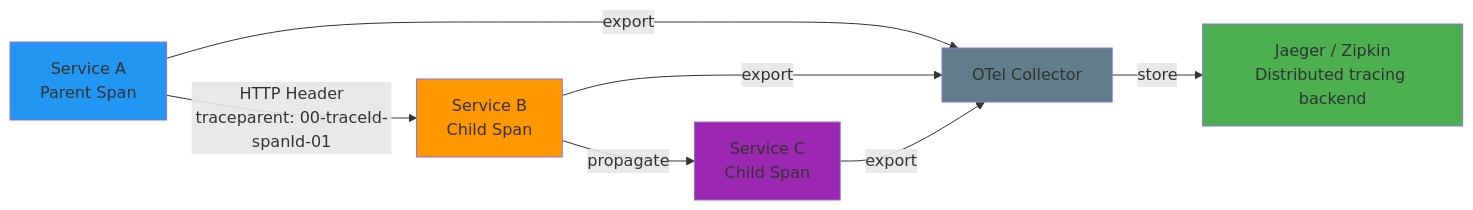
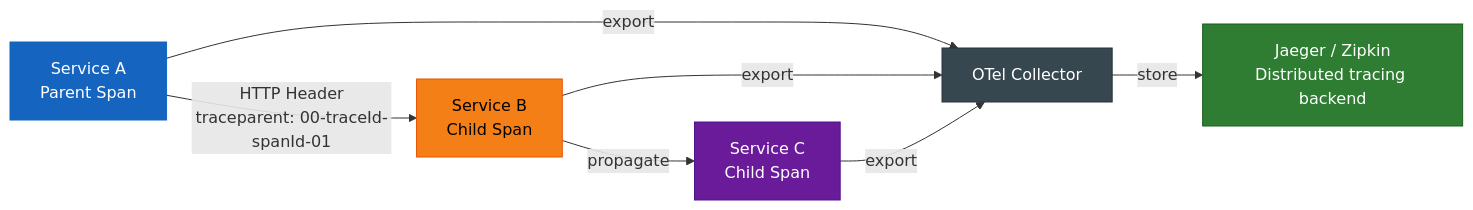
One commit to bluetape4k/bluetape4k-projects changed the fourth of 4 diagrams in infra/opentelemetry/README.md. Above: the diagram before and after it, drawn with Mermaid. The commit also changed other lines of this file and 221 other files, not shown here.

First line of the commit message:
docs: 전체 모듈 README UML 다이어그램 보강 및 색상 업그레이드

````diff
--- a/infra/opentelemetry/README.md
+++ b/infra/opentelemetry/README.md
@@ -377,17 +399,25 @@
 ```mermaid
 flowchart LR
     ServiceA[Service A<br/>Parent Span] -->|HTTP Header<br/>traceparent: 00-traceId-spanId-01| ServiceB[Service B<br/>Child Span]
     ServiceB -->|propagate| ServiceC[Service C<br/>Child Span]
 
     ServiceA -->|export| Collector[OTel Collector]
     ServiceB -->|export| Collector
     ServiceC -->|export| Collector
 
     Collector -->|store| Backend[Jaeger / Zipkin<br/>Distributed tracing backend]
 
-    style ServiceA fill:#2196F3
-    style ServiceB fill:#FF9800
-    style ServiceC fill:#9C27B0
-    style Backend fill:#4CAF50
-    style Collector fill:#607D8B
+    classDef coreStyle fill:#1B5E20,stroke:#1B5E20,color:#FFFFFF,font-weight:bold
+    classDef serviceStyle fill:#1565C0,stroke:#1565C0,color:#FFFFFF
+    classDef utilStyle fill:#E65100,stroke:#E65100,color:#FFFFFF
+    classDef asyncStyle fill:#6A1B9A,stroke:#6A1B9A,color:#FFFFFF
+    classDef extStyle fill:#37474F,stroke:#37474F,color:#FFFFFF
+    classDef dataStyle fill:#F57F17,stroke:#F57F17,color:#000000
+    classDef cacheStyle fill:#2E7D32,stroke:#1B5E20,color:#FFFFFF
+
+    style ServiceA fill:#1565C0,stroke:#1565C0,color:#FFFFFF
+    style ServiceB fill:#F57F17,stroke:#E65100,color:#000000
+    style ServiceC fill:#6A1B9A,stroke:#4A148C,color:#FFFFFF
+    style Backend fill:#2E7D32,stroke:#1B5E20,color:#FFFFFF
+    style Collector fill:#37474F,stroke:#263238,color:#FFFFFF
 ```
````
